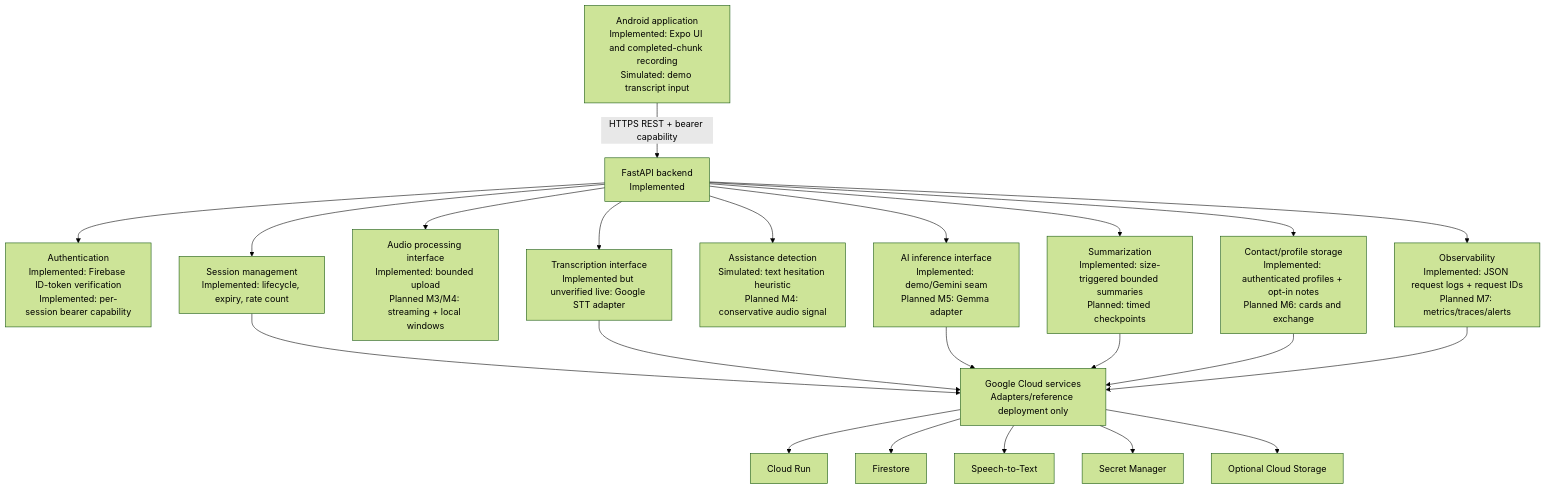
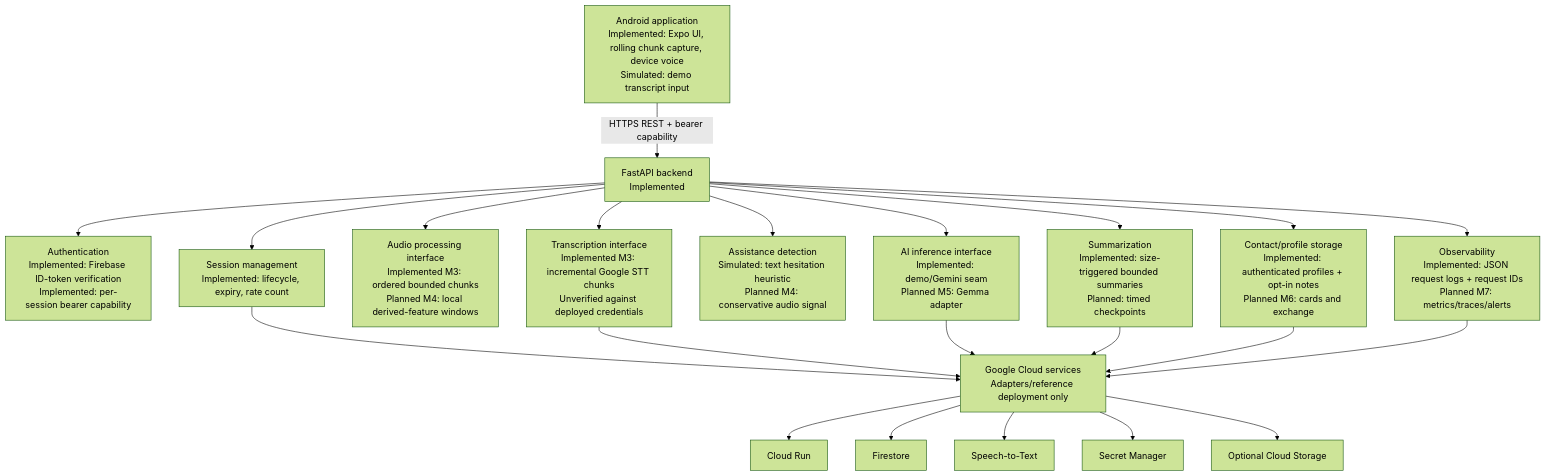
One commit to honeyreddydaram/Wings changed the first of 2 diagrams in docs/ARCHITECTURE.md. Above: the diagram before and after it, drawn with Mermaid (forest theme). The commit also changed other lines of this file and 16 other files, not shown here.

````diff
--- a/docs/ARCHITECTURE.md
+++ b/docs/ARCHITECTURE.md
@@ -9,19 +9,19 @@
 ```mermaid
 flowchart TB
-    A[Android application<br/>Implemented: Expo UI and completed-chunk recording<br/>Simulated: demo transcript input] -->|HTTPS REST + bearer capability| B[FastAPI backend<br/>Implemented]
+    A[Android application<br/>Implemented: Expo UI, rolling chunk capture, device voice<br/>Simulated: demo transcript input] -->|HTTPS REST + bearer capability| B[FastAPI backend<br/>Implemented]
     B --> C[Authentication<br/>Implemented: Firebase ID-token verification<br/>Implemented: per-session bearer capability]
     B --> D[Session management<br/>Implemented: lifecycle, expiry, rate count]
-    B --> E[Audio processing interface<br/>Implemented: bounded upload<br/>Planned M3/M4: streaming + local windows]
-    B --> F[Transcription interface<br/>Implemented but unverified live: Google STT adapter]
+    B --> E[Audio processing interface<br/>Implemented M3: ordered bounded chunks<br/>Planned M4: local derived-feature windows]
+    B --> F[Transcription interface<br/>Implemented M3: incremental Google STT chunks<br/>Unverified against deployed credentials]
     B --> G[Assistance detection<br/>Simulated: text hesitation heuristic<br/>Planned M4: conservative audio signal]
     B --> H[AI inference interface<br/>Implemented: demo/Gemini seam<br/>Planned M5: Gemma adapter]
     B --> I[Summarization<br/>Implemented: size-triggered bounded summaries<br/>Planned: timed checkpoints]
     B --> J[Contact/profile storage<br/>Implemented: authenticated profiles + opt-in notes<br/>Planned M6: cards and exchange]
     B --> K[Observability<br/>Implemented: JSON request logs + request IDs<br/>Planned M7: metrics/traces/alerts]
     D & F & H & I & J & K --> L[Google Cloud services<br/>Adapters/reference deployment only]
     L --> L1[Cloud Run]
     L --> L2[Firestore]
     L --> L3[Speech-to-Text]
     L --> L4[Secret Manager]
     L --> L5[Optional Cloud Storage]
 ```
````
